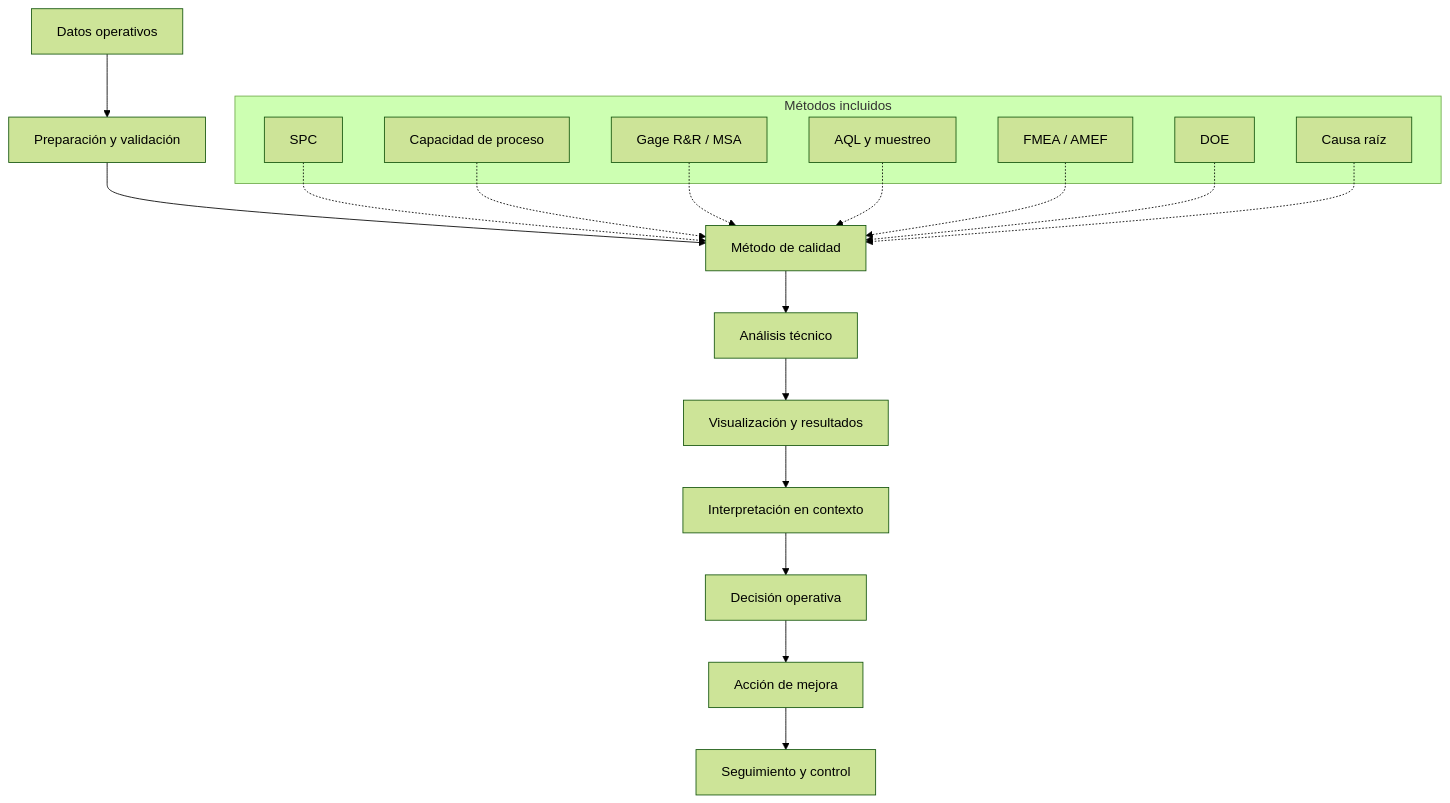
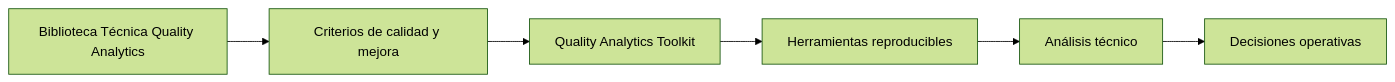
Before and after one commit to fjgonzalezmgt/Quality-Analytics-Toolkit: the first of 2 diagrams in README.md, drawn with Mermaid (forest theme). The commit also changed other lines of this file, not shown here.

Commit message:
Align README with Quality Analytics ecosystem positioning

````diff
--- a/README.md
+++ b/README.md
@@ -48,29 +13,8 @@
 ```mermaid
-flowchart TD
-    A[Datos operativos] --> B[Preparación y validación]
-    B --> C[Método de calidad]
-    C --> D[Análisis técnico]
-    D --> E[Visualización y resultados]
-    E --> F[Interpretación en contexto]
-    F --> G[Decisión operativa]
-    G --> H[Acción de mejora]
-    H --> I[Seguimiento y control]
-
-    subgraph Métodos incluidos
-        C1[SPC]
-        C2[Capacidad de proceso]
-        C3[Gage R&R / MSA]
-        C4[AQL y muestreo]
-        C5[FMEA / AMEF]
-        C6[DOE]
-        C7[Causa raíz]
-    end
-
-    C1 -.-> C
-    C2 -.-> C
-    C3 -.-> C
-    C4 -.-> C
-    C5 -.-> C
-    C6 -.-> C
-    C7 -.-> C
+flowchart LR
+    A[Biblioteca Técnica Quality Analytics] --> B[Criterios de calidad y mejora]
+    B --> C[Quality Analytics Toolkit]
+    C --> D[Herramientas reproducibles]
+    D --> E[Análisis técnico]
+    E --> F[Decisiones operativas]
 ```
````
